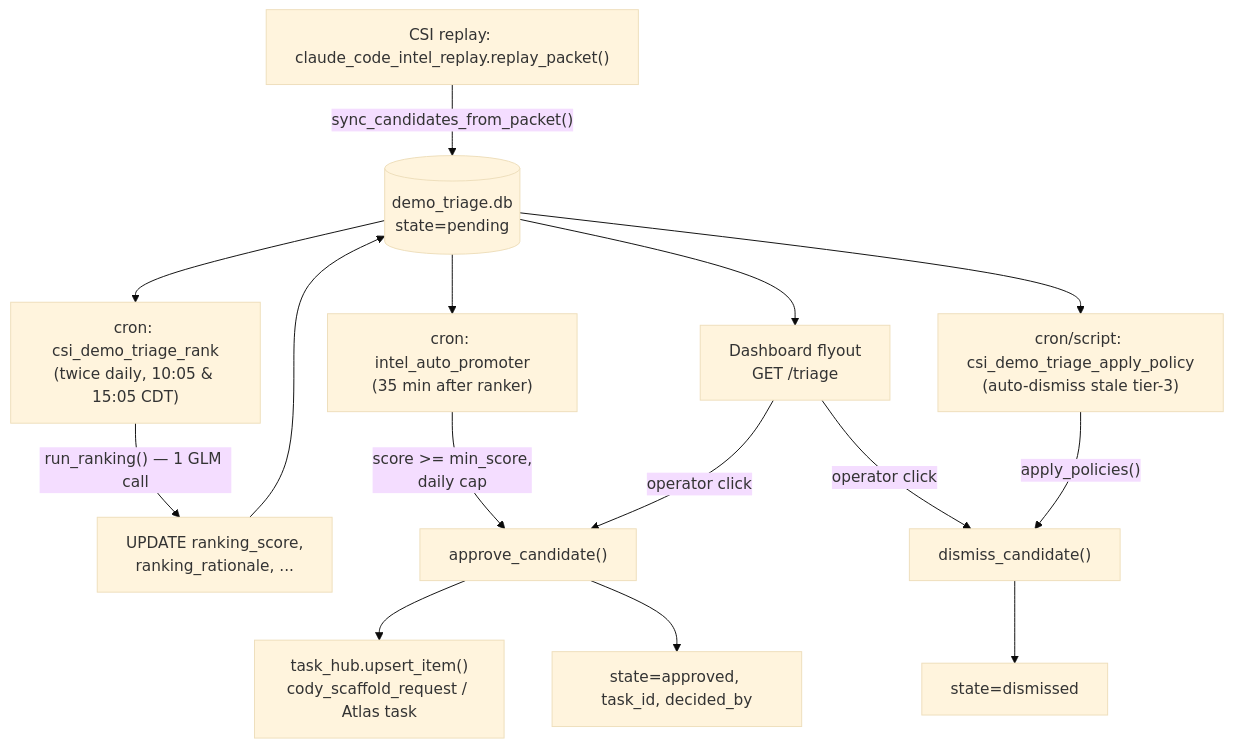
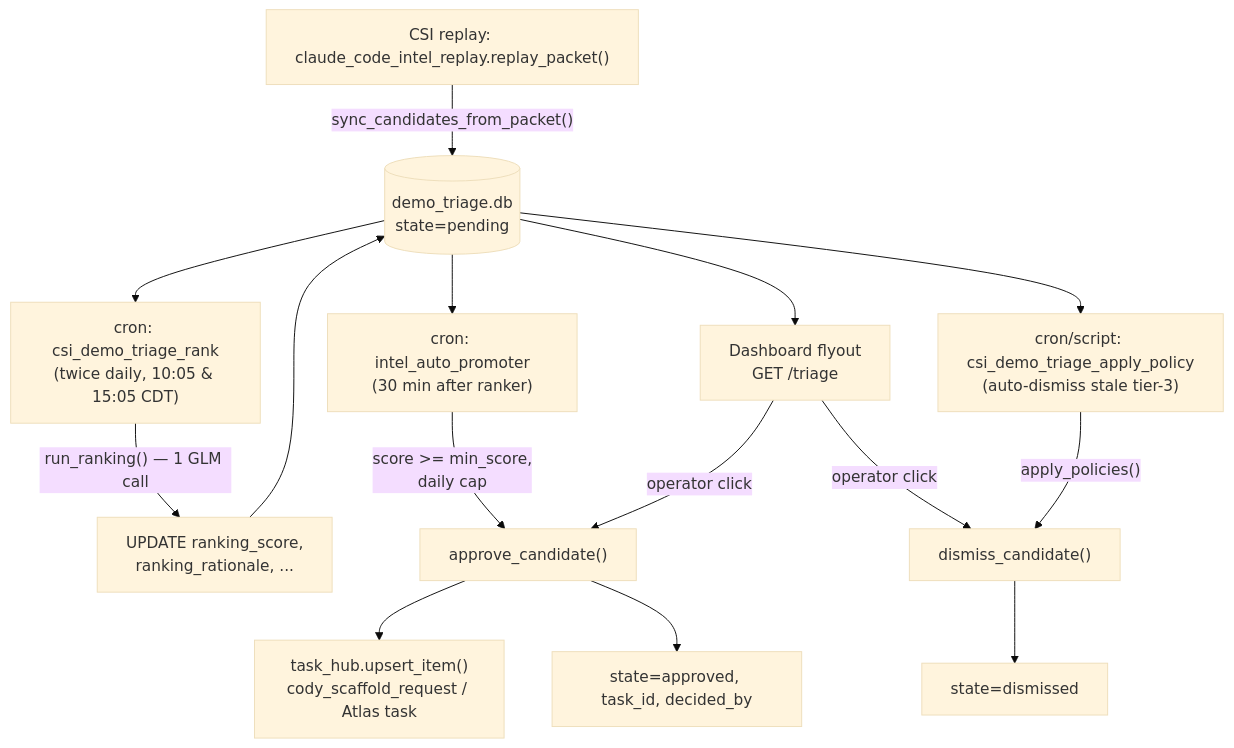
The diagram in project_docs/04_intelligence/06_demo_triage.md (Kjdragan/universal_agent), drawn with Mermaid (base theme) before and after one commit. The commit also changed 36 other files, not shown here.

````diff
--- a/project_docs/04_intelligence/06_demo_triage.md
+++ b/project_docs/04_intelligence/06_demo_triage.md
@@ -38,17 +38,17 @@
 ```mermaid
 flowchart TD
     A["CSI replay: claude_code_intel_replay.replay_packet()"] -->|"sync_candidates_from_packet()"| B[(demo_triage.db<br/>state=pending)]
     C["cron: csi_demo_triage_rank<br/>(twice daily, 10:05 &amp; 15:05 CDT)"] -->|"run_ranking() — 1 GLM call"| D["UPDATE ranking_score,<br/>ranking_rationale, ..."]
     B --> C
     D --> B
-    E["cron: intel_auto_promoter<br/>(35 min after ranker)"] -->|"score &gt;= min_score,<br/>daily cap"| F["approve_candidate()"]
+    E["cron: intel_auto_promoter<br/>(30 min after ranker)"] -->|"score &gt;= min_score,<br/>daily cap"| F["approve_candidate()"]
     G["Dashboard flyout<br/>GET /triage"] -->|"operator click"| F
     G -->|operator click| H["dismiss_candidate()"]
     B --> E
     B --> G
     F --> I["task_hub.upsert_item()<br/>cody_scaffold_request / Atlas task"]
     F --> J["state=approved, task_id, decided_by"]
     H --> K["state=dismissed"]
     L["cron/script: csi_demo_triage_apply_policy<br/>(auto-dismiss stale tier-3)"] -->|"apply_policies()"| H
     B --> L
 ```
````
